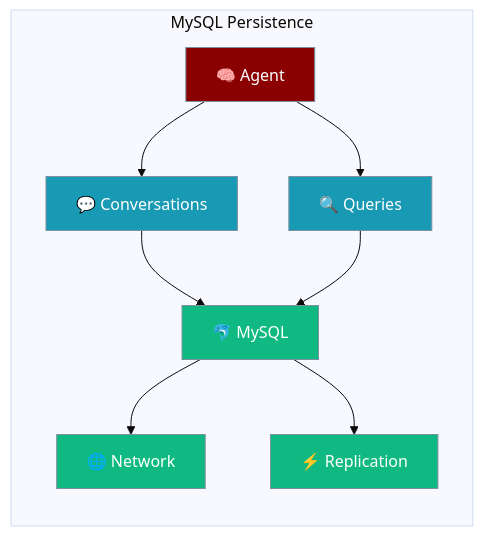
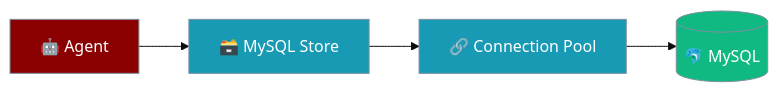
Before and after one commit to MervinPraison/PraisonAIDocs: the first of 2 diagrams in docs/features/persistence-mysql.mdx, drawn with Mermaid (base theme). The commit also changed other lines of this file and 4 other files, not shown here.

````diff
--- a/docs/features/persistence-mysql.mdx
+++ b/docs/features/persistence-mysql.mdx
@@ -10,19 +22,14 @@
 ```mermaid
 graph LR
-    subgraph "MySQL Persistence"
-        A[🧠 Agent] --> B[💬 Conversations]
-        B --> C[🐬 MySQL]
-        C --> D[🌐 Network]
-        A --> E[🔍 Queries]
-        E --> C
-        C --> F[⚡ Replication]
-    end
-    
+    Agent[🤖 Agent] --> Store[🗃️ MySQL Store]
+    Store --> Pool[🔗 Connection Pool]
+    Pool --> DB[(🐬 MySQL)]
+
     classDef agent fill:#8B0000,stroke:#7C90A0,color:#fff
-    classDef data fill:#189AB4,stroke:#7C90A0,color:#fff
-    classDef storage fill:#10B981,stroke:#7C90A0,color:#fff
-    
-    class A agent
-    class B,E data
-    class C,D,F storage
+    classDef store fill:#189AB4,stroke:#7C90A0,color:#fff
+    classDef database fill:#10B981,stroke:#7C90A0,color:#fff
+
+    class Agent agent
+    class Store,Pool store
+    class DB database
 ```
````
